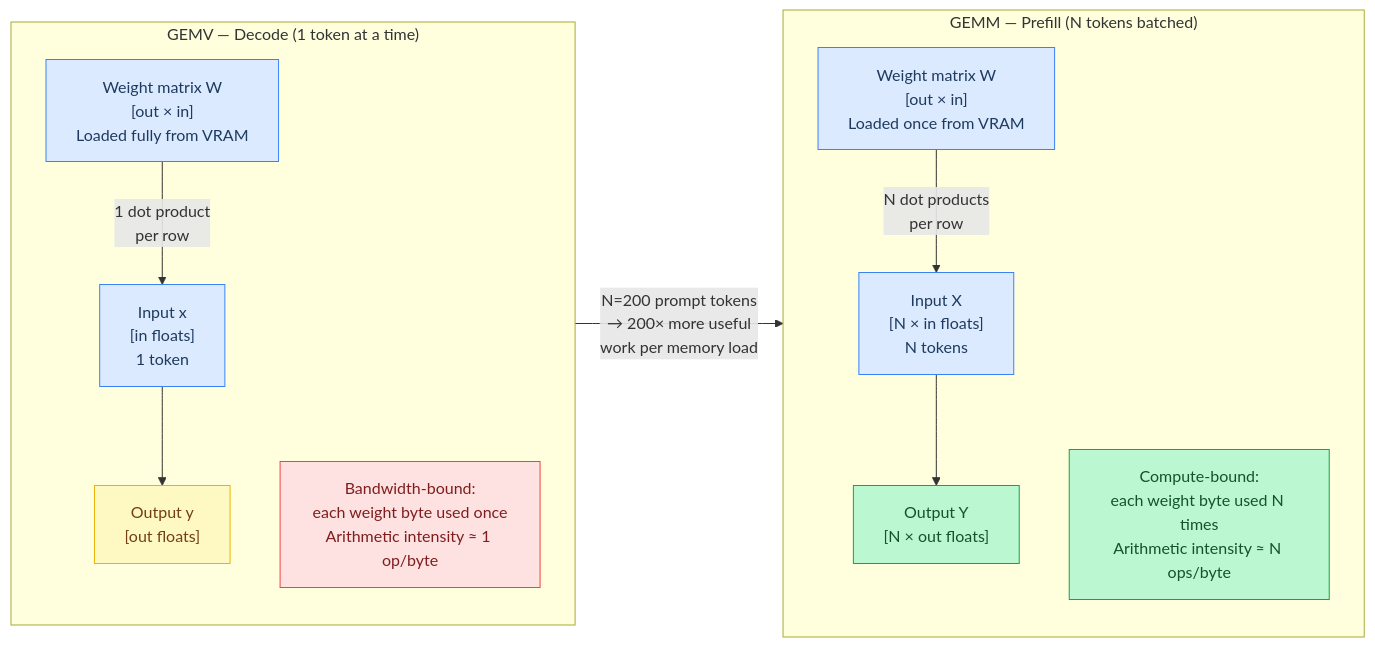
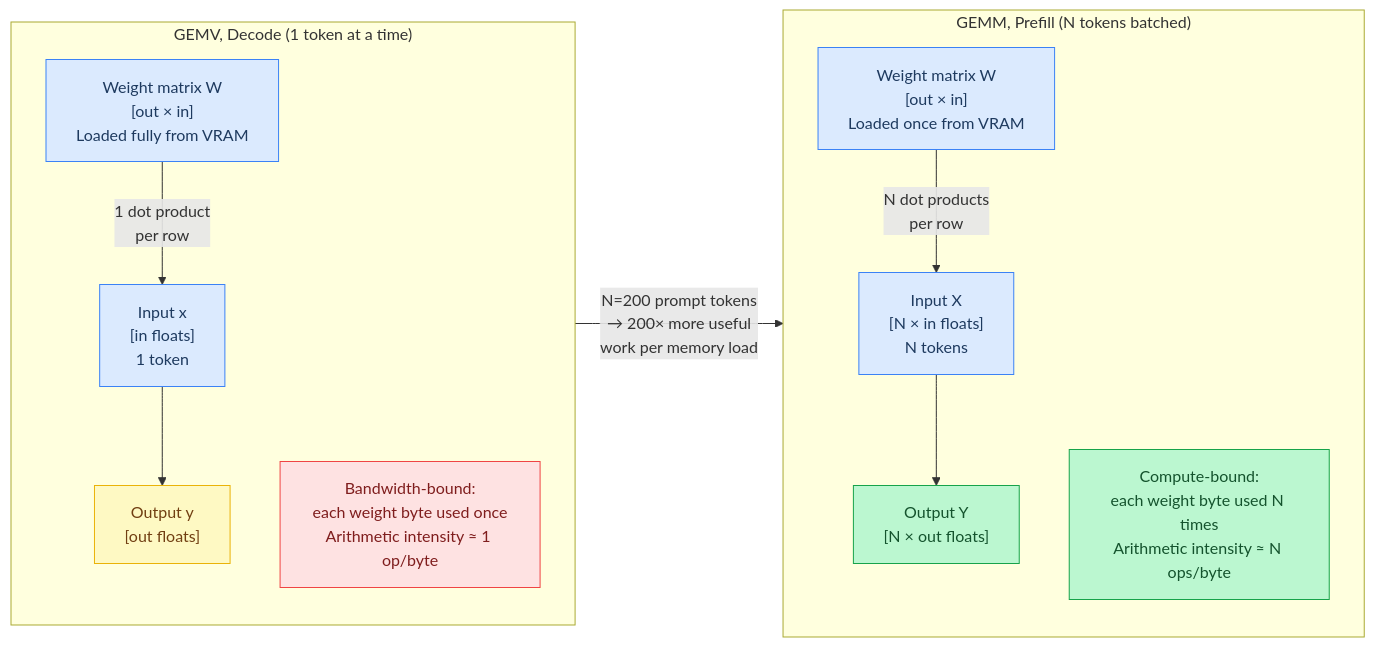
The ninth of 9 diagrams in docs/tutorial/02-the-transformer.md (maci0/agave), drawn with Mermaid before and after one commit. The commit also changed other lines of this file and 196 other files, not shown here.

````diff
--- a/docs/tutorial/02-the-transformer.md
+++ b/docs/tutorial/02-the-transformer.md
@@ -654,34 +654,34 @@
 ```mermaid
 flowchart LR
     classDef setup     fill:#dbeafe,stroke:#3b82f6,color:#1e3a5f
     classDef sync      fill:#dcfce7,stroke:#22c55e,color:#14532d
     classDef migration fill:#fef9c3,stroke:#eab308,color:#713f12
     classDef success   fill:#bbf7d0,stroke:#16a34a,color:#14532d
     classDef danger    fill:#fee2e2,stroke:#ef4444,color:#7f1d1d
     classDef optional  fill:#f3e8ff,stroke:#9333ea,color:#581c87
 
     WA["Weight matrix W\n[out × in]\nLoaded fully from VRAM"]:::setup
     XA["Input x\n[in floats]\n1 token"]:::setup
     YA["Output y\n[out floats]"]:::migration
     NoteA["Bandwidth-bound:\neach weight byte used once\nArithmetic intensity ≈ 1 op/byte"]:::danger
     WB["Weight matrix W\n[out × in]\nLoaded once from VRAM"]:::setup
     XB["Input X\n[N × in floats]\nN tokens"]:::setup
     YB["Output Y\n[N × out floats]"]:::success
     NoteB["Compute-bound:\neach weight byte used N times\nArithmetic intensity ≈ N ops/byte"]:::success
 
-    subgraph GEMV["GEMV — Decode (1 token at a time)"]
+    subgraph GEMV["GEMV, Decode (1 token at a time)"]
         direction TB
         WA -->|"1 dot product\nper row"| XA
         XA --> YA
         NoteA
     end
 
-    subgraph GEMM["GEMM — Prefill (N tokens batched)"]
+    subgraph GEMM["GEMM, Prefill (N tokens batched)"]
         direction TB
         WB -->|"N dot products\nper row"| XB
         XB --> YB
         NoteB
     end
 
     GEMV -->|"N=200 prompt tokens\n→ 200× more useful\nwork per memory load"| GEMM
 ```
````
